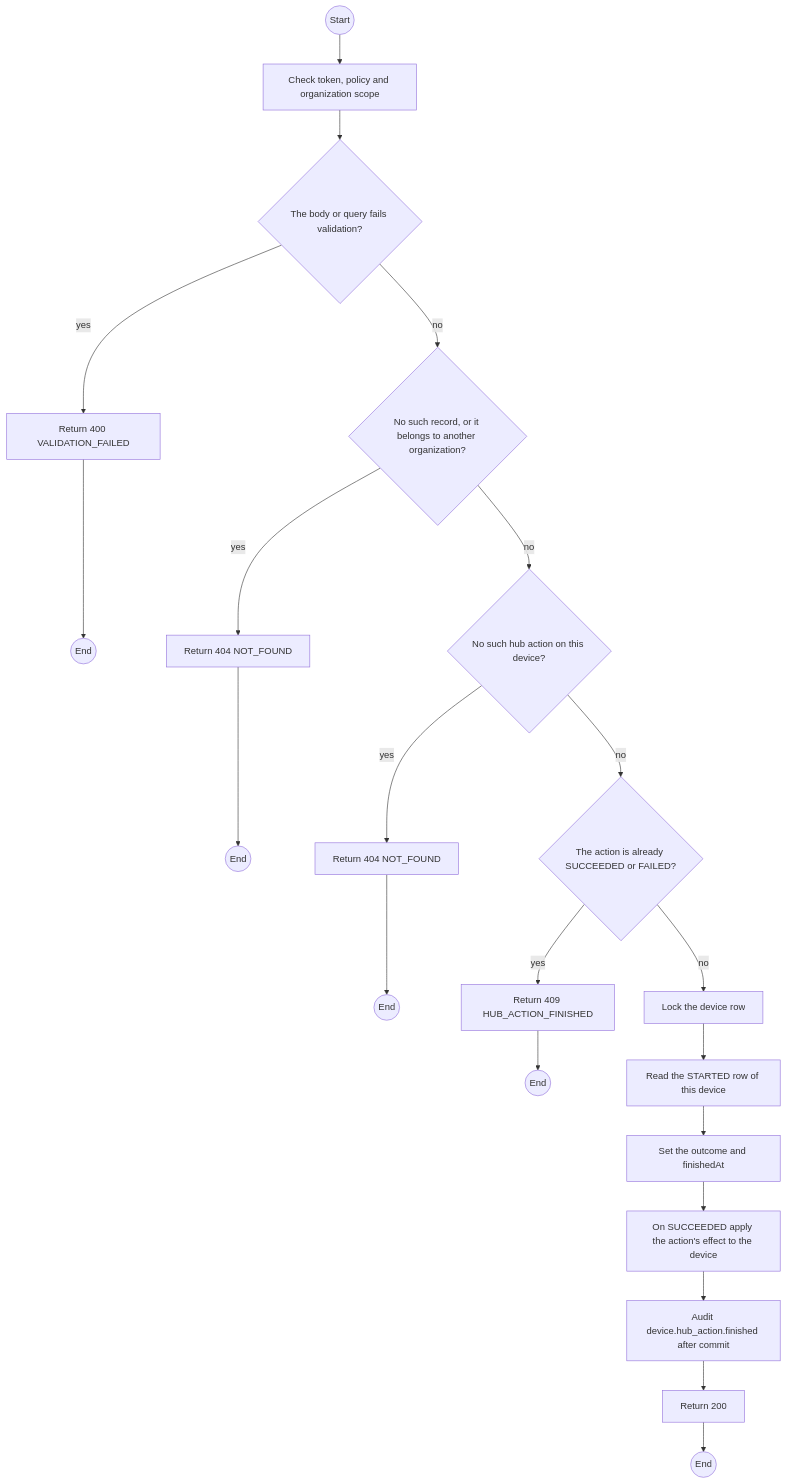
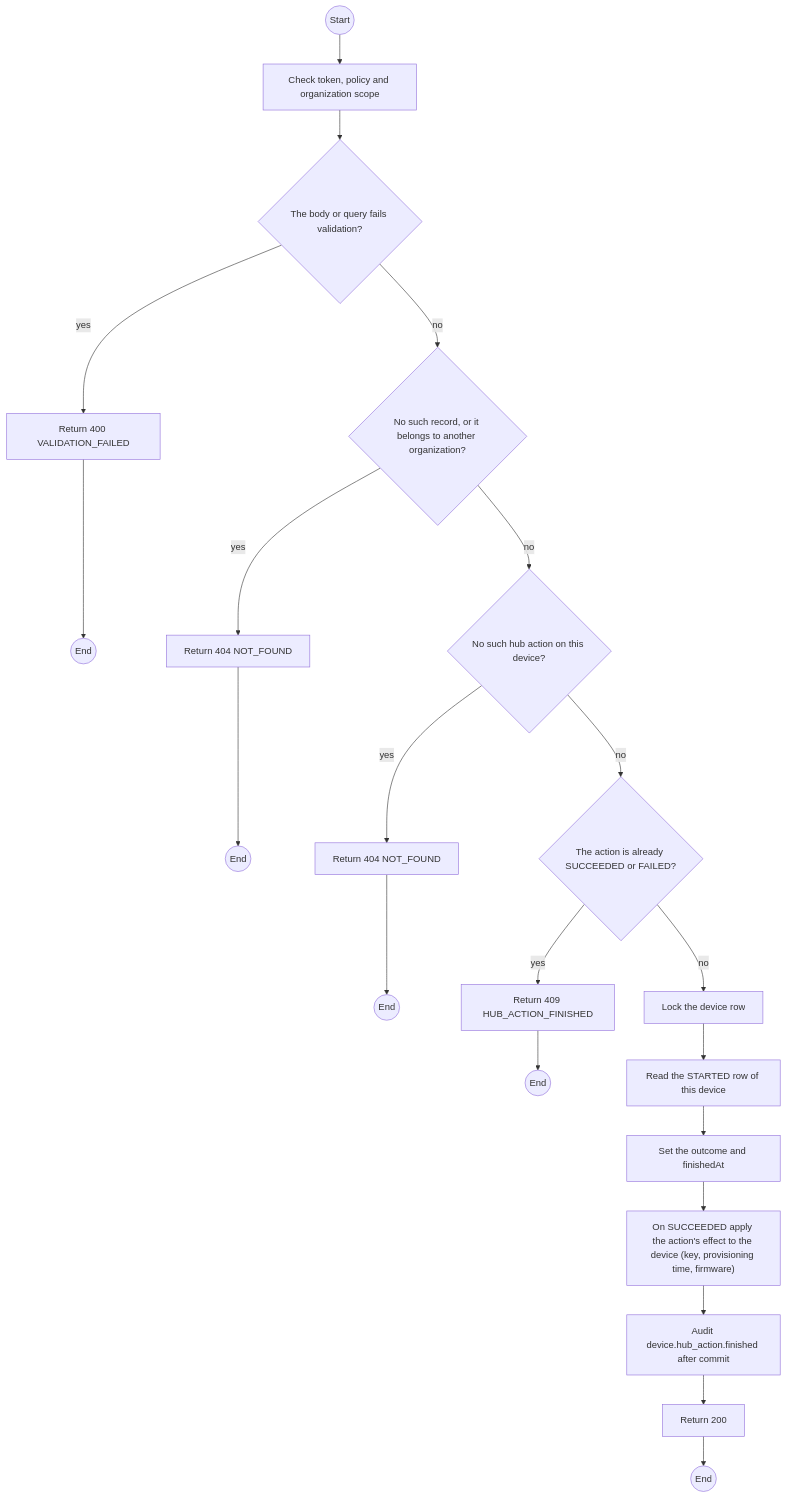
Before and after one commit to TrekLink-Team/treklink-web: the first of 2 diagrams in specs/devices/api-design/34-post-devices-id-hub-actions-actionid-finish.md, drawn with Mermaid. The commit also changed other lines of this file and 5 other files, not shown here.

````diff
--- a/specs/devices/api-design/34-post-devices-id-hub-actions-actionid-finish.md
+++ b/specs/devices/api-design/34-post-devices-id-hub-actions-actionid-finish.md
@@ -179,39 +179,39 @@
 ```mermaid
 flowchart TB
     S((Start))
     A0["Check token, policy and organization scope"]
     S --> A0
     D1{"The body or query fails validation?"}
     A0 --> D1
     E1["Return 400 VALIDATION_FAILED"]
     D1 -->|yes| E1
     E1 --> X1((End))
     D2{"No such record, or it belongs to another organization?"}
     D1 -->|no| D2
     E2["Return 404 NOT_FOUND"]
     D2 -->|yes| E2
     E2 --> X2((End))
     D3{"No such hub action on this device?"}
     D2 -->|no| D3
     E3["Return 404 NOT_FOUND"]
     D3 -->|yes| E3
     E3 --> X3((End))
     D4{"The action is already SUCCEEDED or FAILED?"}
     D3 -->|no| D4
     E4["Return 409 HUB_ACTION_FINISHED"]
     D4 -->|yes| E4
     E4 --> X4((End))
     P0["Lock the device row"]
     D4 -->|no| P0
     P1["Read the STARTED row of this device"]
     P0 --> P1
     P2["Set the outcome and finishedAt"]
     P1 --> P2
-    P3["On SUCCEEDED apply the action's effect to the device"]
+    P3["On SUCCEEDED apply the action's effect to the device (key, provisioning time, firmware)"]
     P2 --> P3
     P4["Audit device.hub_action.finished after commit"]
     P3 --> P4
     OK["Return 200"]
     P4 --> OK
     OK --> Z((End))
 ```
````
